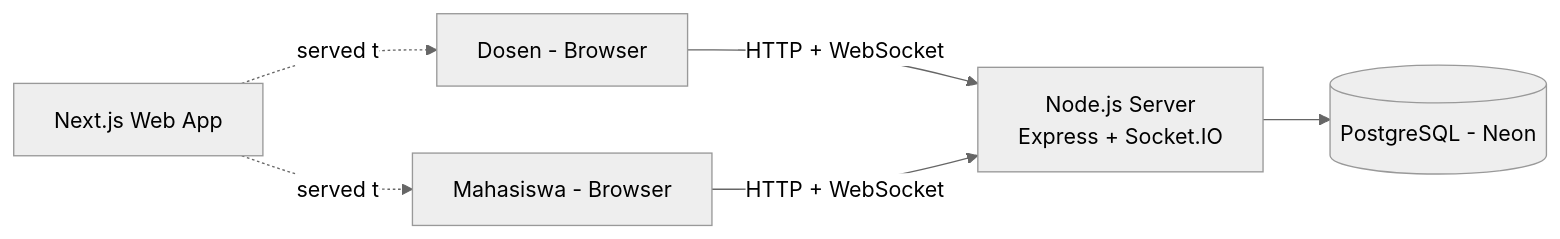
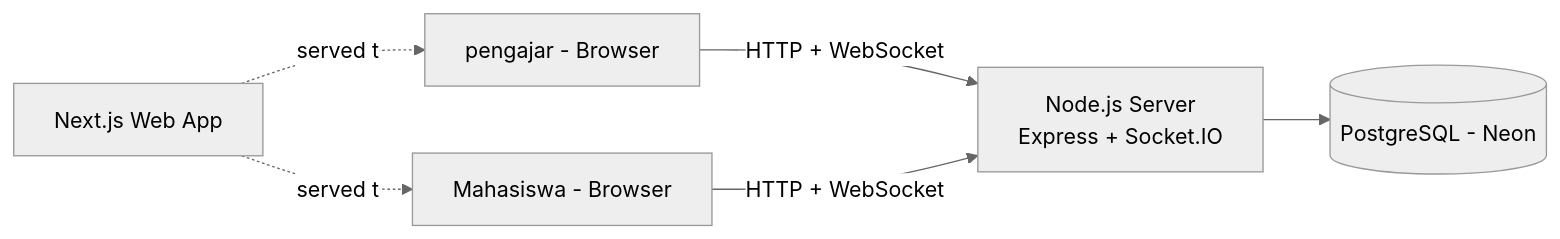
Before and after one commit to Mirzakerenn/classroom-interactive-suite: the diagram in docs/architecture.md, drawn with Mermaid (neutral theme). The commit also changed other lines of this file and 1 other file, not shown here.

Commit message:
docs: rename dosen to pengajar

````diff
--- a/docs/architecture.md
+++ b/docs/architecture.md
@@ -4,8 +4,8 @@
 ```mermaid
 flowchart LR
-    D[Dosen - Browser] -->|HTTP + WebSocket| S
+    D[pengajar - Browser] -->|HTTP + WebSocket| S
     M[Mahasiswa - Browser] -->|HTTP + WebSocket| S
     W[Next.js Web App] -.served to.-> D
     W -.served to.-> M
     S[Node.js Server<br/>Express + Socket.IO] --> DB[(PostgreSQL - Neon)]
 ```
````
